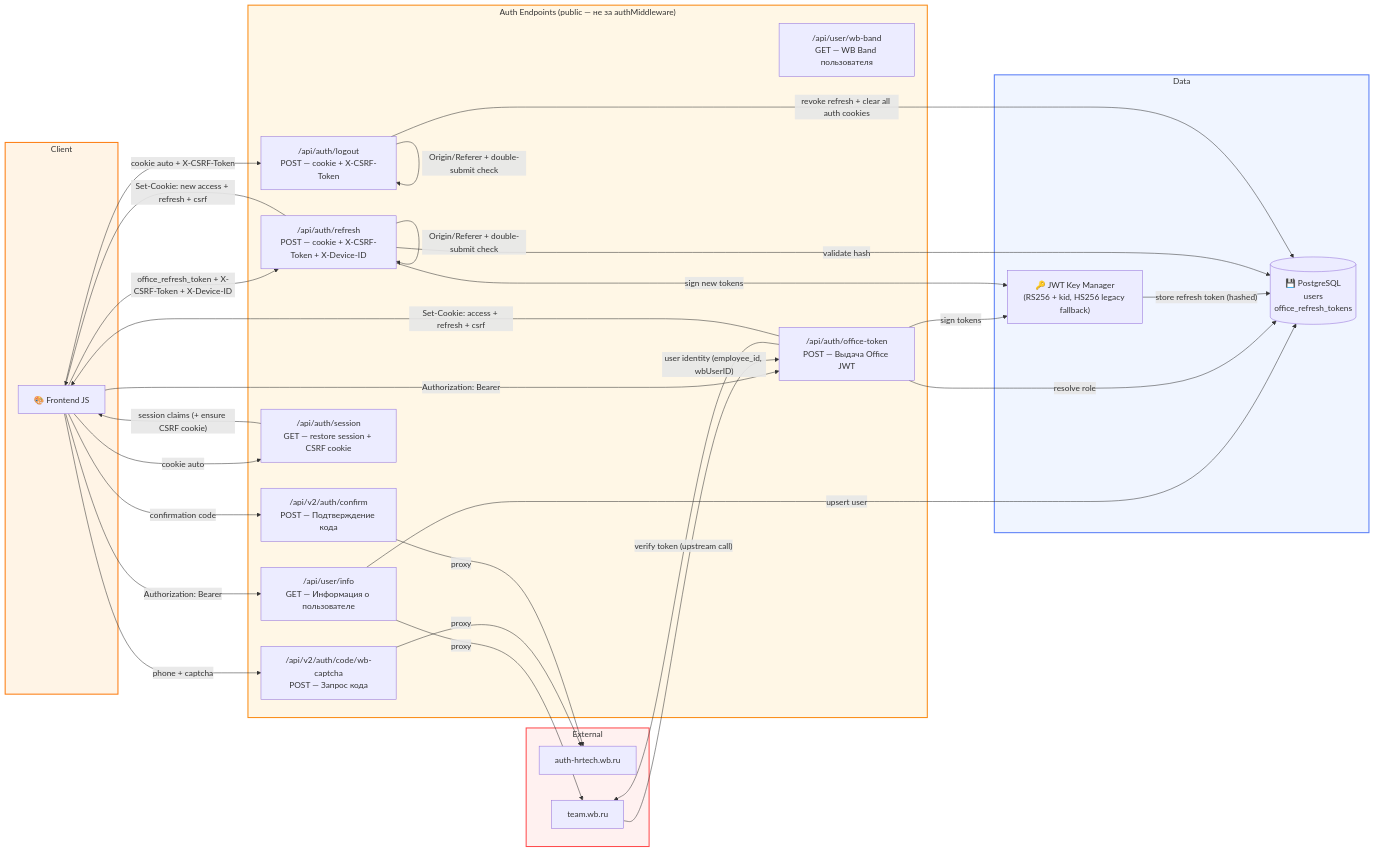
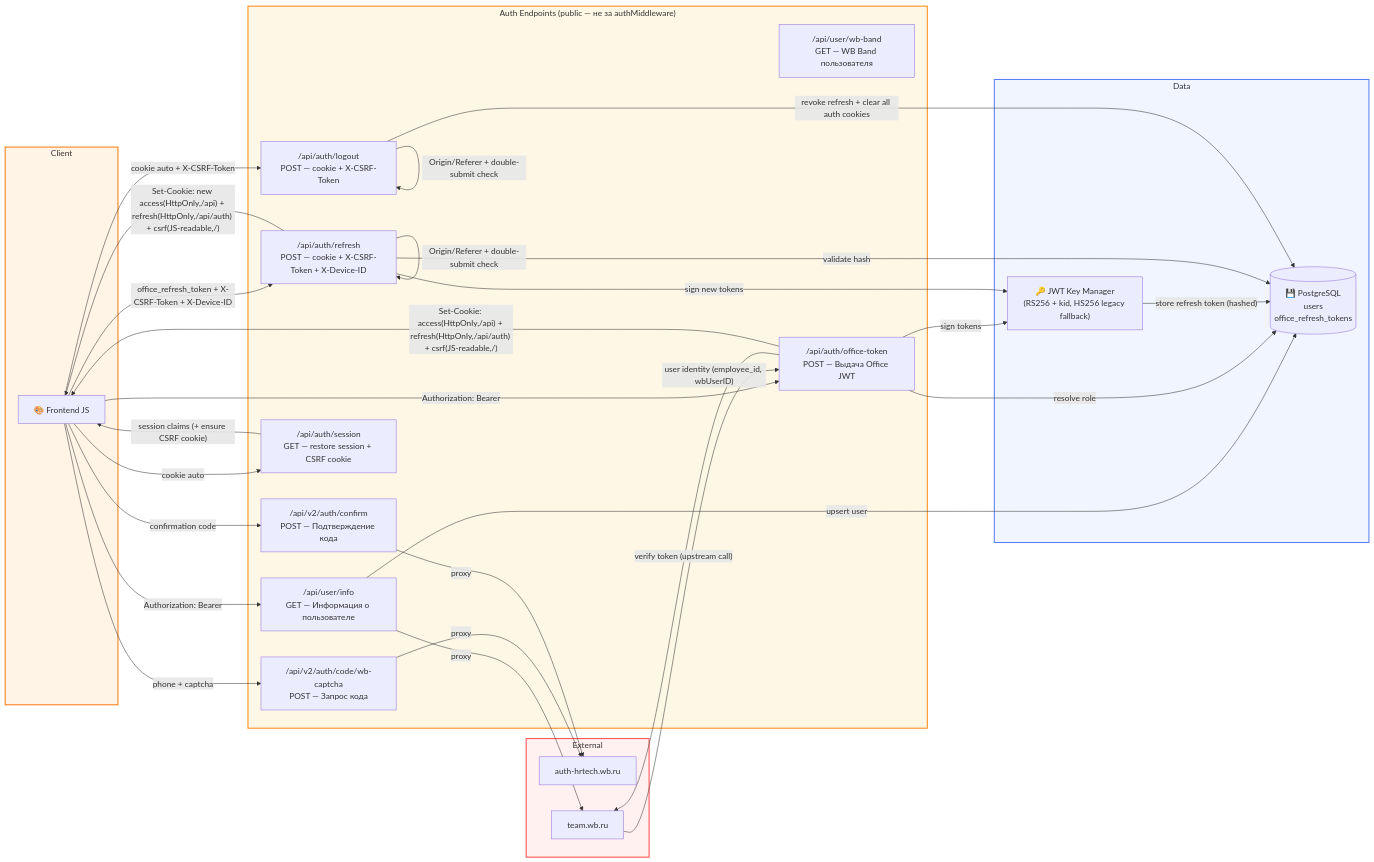
One commit to radiantbald/office-management changed the third of 9 diagrams in DATA_FLOW_DIAGRAM.md. Above: the diagram before and after it, drawn with Mermaid. The commit also changed other lines of this file and 17 other files, not shown here.

````diff
--- a/DATA_FLOW_DIAGRAM.md
+++ b/DATA_FLOW_DIAGRAM.md
@@ -59,62 +59,62 @@
 ```mermaid
 graph LR
     subgraph Client
         JS["🎨 Frontend JS"]
     end
 
     subgraph AuthAPI["Auth Endpoints (public — не за authMiddleware)"]
         Code["/api/v2/auth/code/wb-captcha\nPOST — Запрос кода"]
         Confirm["/api/v2/auth/confirm\nPOST — Подтверждение кода"]
         UserInfo["/api/user/info\nGET — Информация о пользователе"]
         WbBand["/api/user/wb-band\nGET — WB Band пользователя"]
         OfficeToken["/api/auth/office-token\nPOST — Выдача Office JWT"]
         Refresh["/api/auth/refresh\nPOST — cookie + X-CSRF-Token + X-Device-ID"]
         Session["/api/auth/session\nGET — restore session + CSRF cookie"]
         Logout["/api/auth/logout\nPOST — cookie + X-CSRF-Token"]
     end
 
     subgraph Ext["External"]
         AuthHR["auth-hrtech.wb.ru"]
         TeamWB["team.wb.ru"]
     end
 
     subgraph Data
         JWTMod["🔑 JWT Key Manager\n(RS256 + kid, HS256 legacy fallback)"]
         DB[("💾 PostgreSQL\nusers\noffice_refresh_tokens")]
     end
 
     JS -- "phone + captcha" --> Code
     Code -- "proxy" --> AuthHR
     JS -- "confirmation code" --> Confirm
     Confirm -- "proxy" --> AuthHR
 
     JS -- "Authorization: Bearer" --> UserInfo
     UserInfo -- "proxy" --> TeamWB
     UserInfo -- "upsert user" --> DB
 
     JS -- "Authorization: Bearer" --> OfficeToken
     OfficeToken -- "verify token (upstream call)" --> TeamWB
     TeamWB -- "user identity (employee_id, wbUserID)" --> OfficeToken
     OfficeToken -- "resolve role" --> DB
     OfficeToken -- "sign tokens" --> JWTMod
     JWTMod -- "store refresh token (hashed)" --> DB
-    OfficeToken -- "Set-Cookie: access + refresh + csrf" --> JS
+    OfficeToken -- "Set-Cookie: access(HttpOnly,/api) + refresh(HttpOnly,/api/auth) + csrf(JS-readable,/)" --> JS
 
     JS -- "office_refresh_token + X-CSRF-Token + X-Device-ID" --> Refresh
     Refresh -- "Origin/Referer + double-submit check" --> Refresh
     Refresh -- "validate hash" --> DB
     Refresh -- "sign new tokens" --> JWTMod
-    Refresh -- "Set-Cookie: new access + refresh + csrf" --> JS
+    Refresh -- "Set-Cookie: new access(HttpOnly,/api) + refresh(HttpOnly,/api/auth) + csrf(JS-readable,/)" --> JS
 
     JS -- "cookie auto" --> Session
     Session -- "session claims (+ ensure CSRF cookie)" --> JS
 
     JS -- "cookie auto + X-CSRF-Token" --> Logout
     Logout -- "Origin/Referer + double-submit check" --> Logout
     Logout -- "revoke refresh + clear all auth cookies" --> DB
 
     style Client fill:#FFF4E6,stroke:#FD7E14,stroke-width:2px
     style AuthAPI fill:#FFF7E6,stroke:#FA8C16,stroke-width:2px
     style Ext fill:#FFF1F0,stroke:#FF4D4F,stroke-width:2px
     style Data fill:#F0F5FF,stroke:#597EF7,stroke-width:2px
 ```
````
